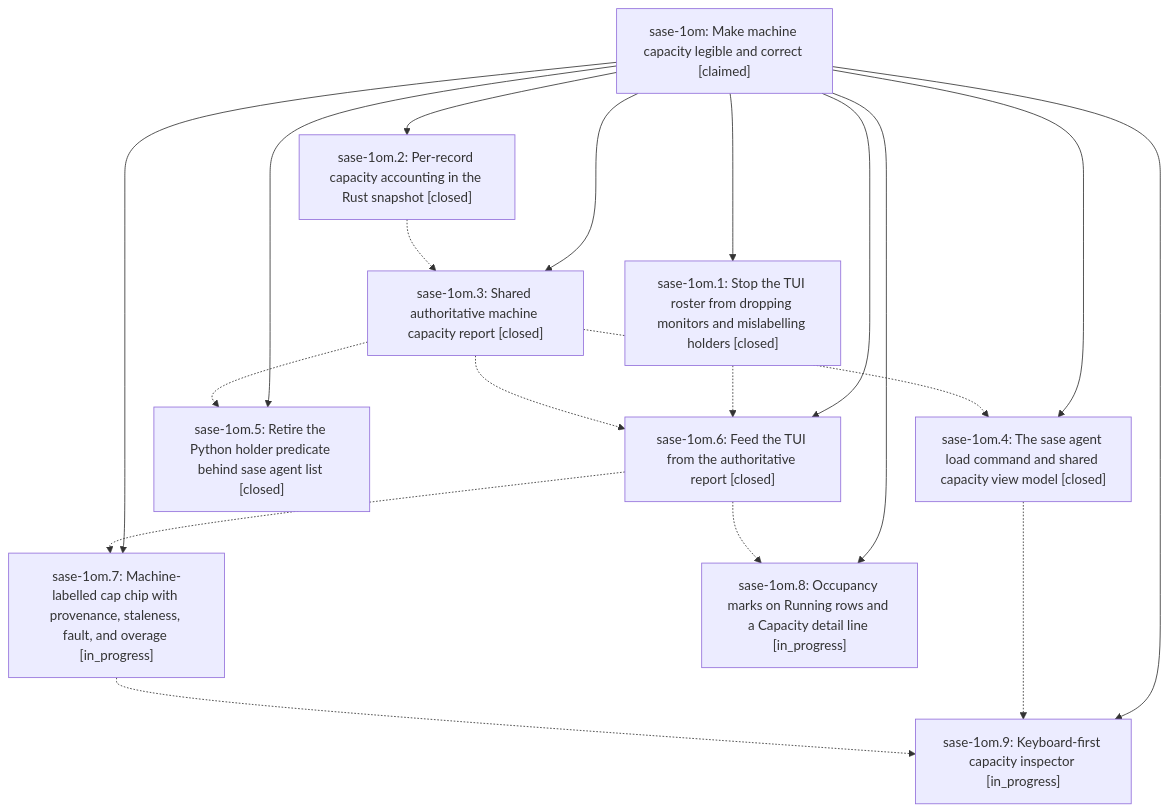
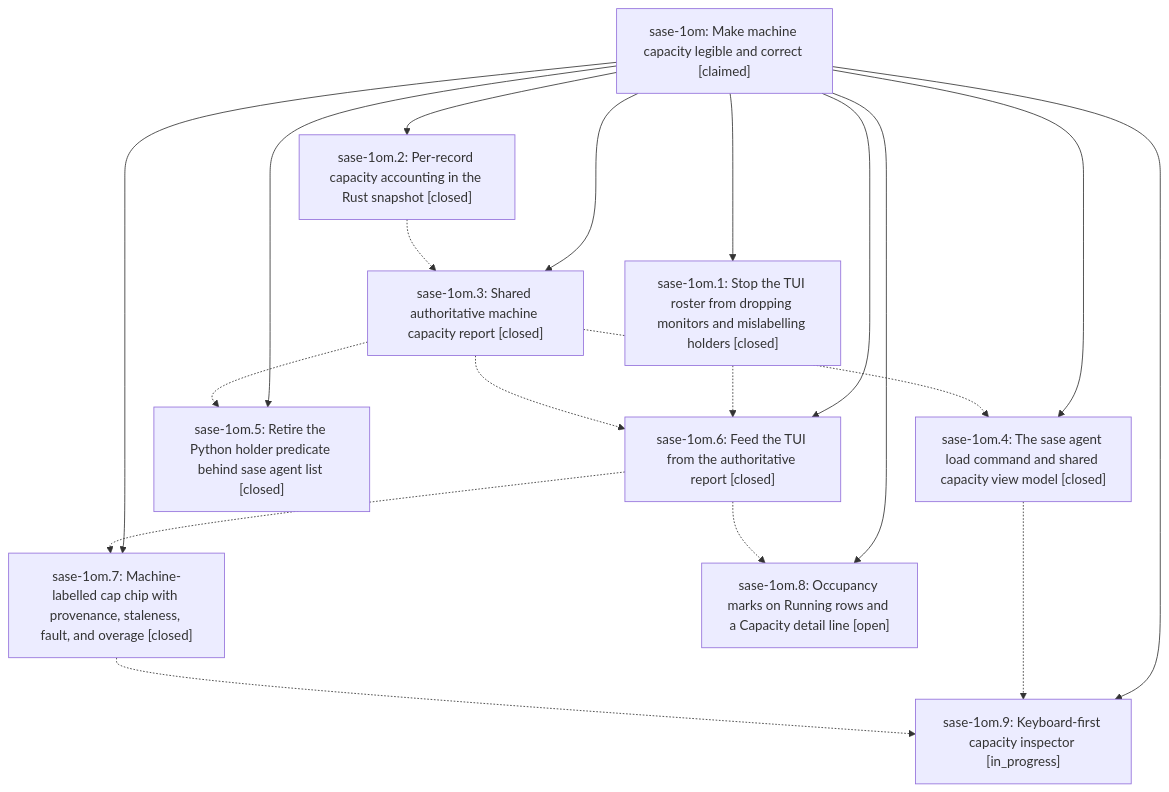
Before and after one commit to sase-org/sase--beads: the diagram in pages/sase-1om/README.md, drawn with Mermaid. The commit also changed other lines of this file and 5 other files, not shown here.

````diff
--- a/pages/sase-1om/README.md
+++ b/pages/sase-1om/README.md
@@ -44,31 +44,31 @@
 ```mermaid
 flowchart TD
     n0["sase-1om: Make machine capacity legible and correct [claimed]"]
     n1["sase-1om.1: Stop the TUI roster from dropping monitors and mislabelling holders [closed]"]
     n2["sase-1om.2: Per-record capacity accounting in the Rust snapshot [closed]"]
     n3["sase-1om.3: Shared authoritative machine capacity report [closed]"]
     n4["sase-1om.4: The sase agent load command and shared capacity view model [closed]"]
     n5["sase-1om.5: Retire the Python holder predicate behind sase agent list [closed]"]
     n6["sase-1om.6: Feed the TUI from the authoritative report [closed]"]
-    n7["sase-1om.7: Machine-labelled cap chip with provenance, staleness, fault, and overage [in_progress]"]
-    n8["sase-1om.8: Occupancy marks on Running rows and a Capacity detail line [in_progress]"]
+    n7["sase-1om.7: Machine-labelled cap chip with provenance, staleness, fault, and overage [closed]"]
+    n8["sase-1om.8: Occupancy marks on Running rows and a Capacity detail line [open]"]
     n9["sase-1om.9: Keyboard-first capacity inspector [in_progress]"]
     n0 --> n1
     n0 --> n2
     n0 --> n3
     n0 --> n4
     n0 --> n5
     n0 --> n6
     n0 --> n7
     n0 --> n8
     n0 --> n9
     n1 -.-> n6
     n2 -.-> n3
     n3 -.-> n4
     n3 -.-> n5
     n3 -.-> n6
     n4 -.-> n9
     n6 -.-> n7
     n6 -.-> n8
     n7 -.-> n9
 ```
````
